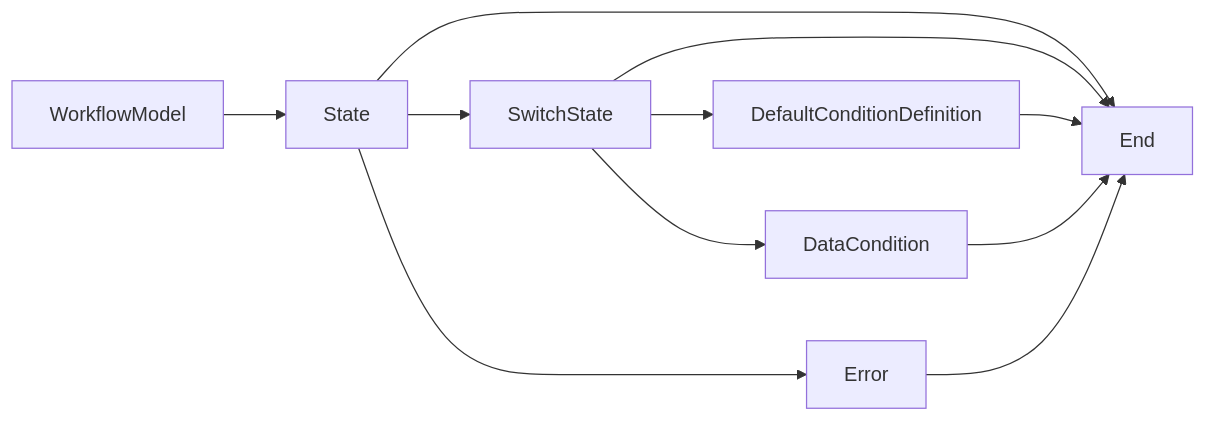
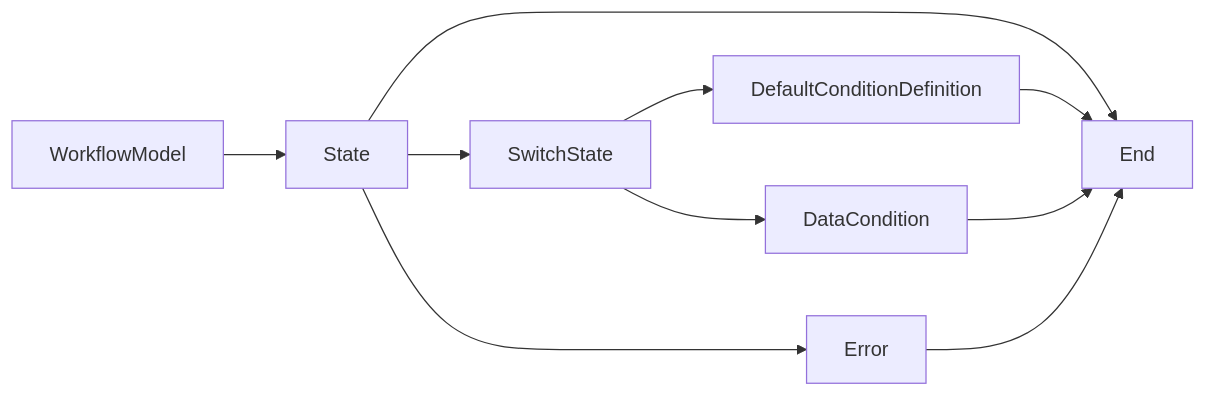
Before and after one commit to hbelmiro/serverless-workflow-validations: diagram 12 of 13 in diagram.md, drawn with Mermaid. The commit also changed other lines of this file and 1 other file, not shown here.

Commit message:
Updated diagram

````diff
--- a/diagram.md
+++ b/diagram.md
@@ -161,9 +161,13 @@
 ```mermaid
   graph LR
   
-  WorkflowModel-->State-->End
-  State-->SwitchState-->End
-  SwitchState-->DefaultConditionDefinition-->End
-  SwitchState-->DataCondition-->End
-  State-->Error-->End
+  WorkflowModel-->State
+  State-->End
+  State-->SwitchState
+  State-->Error
+  SwitchState-->DefaultConditionDefinition
+  SwitchState-->DataCondition
+  DefaultConditionDefinition-->End
+  DataCondition-->End
+  Error-->End
 ```
````
